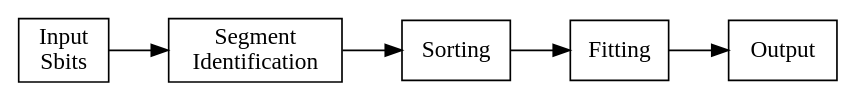
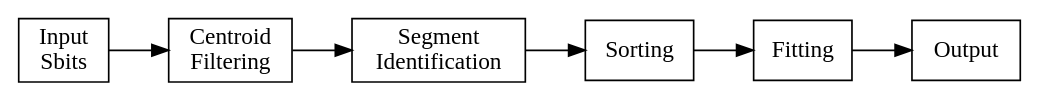
One commit to andrewpeck/me0sf changed the diagram in doc/algorithm.org. Above: the diagram before and after it, drawn with Graphviz. The commit also changed other lines of this file and 2 other files, not shown here.

```diff
--- a/doc/algorithm.org
+++ b/doc/algorithm.org
@@ -43,10 +43,10 @@
 #+begin_src dot :file dataflow.svg :results value
 digraph {
   graph [fontname = "Roboto Mono"];
   node [fontname = "Roboto Mono"];
   edge [fontname = "Roboto Mono"];
   node [shape=box]
   rankdir=LR
-  "Input\nSbits" -> "Segment\nIdentification" -> "Sorting" -> "Fitting" -> "Output"
+  "Input\nSbits" -> "Centroid\nFiltering" -> "Segment\nIdentification" -> "Sorting" -> "Fitting" -> "Output"
 }
 #+end_src
```
